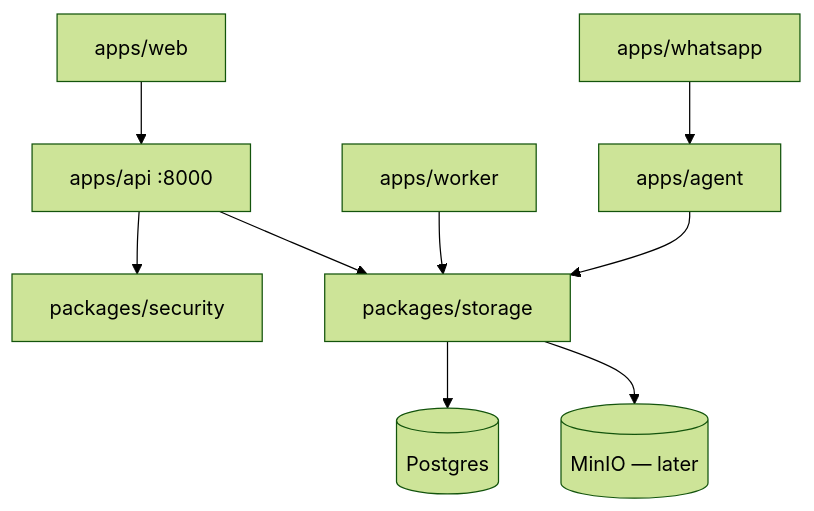
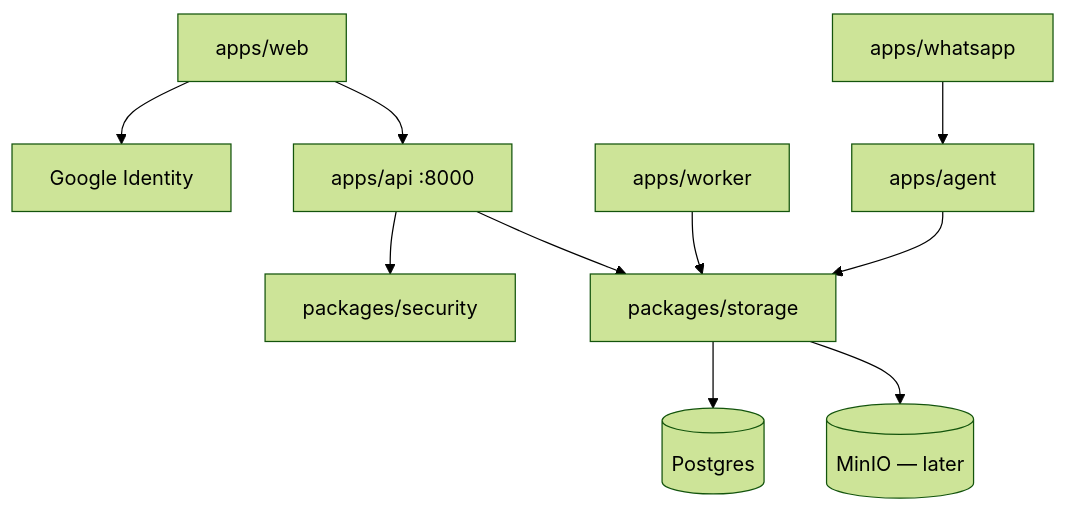
The diagram in docs/architecture/overview.md (AnuragAmbekar741/kosh), drawn with Mermaid (forest theme) before and after one commit. The commit also changed other lines of this file and 4 other files, not shown here.

````diff
--- a/docs/architecture/overview.md
+++ b/docs/architecture/overview.md
@@ -44,21 +45,23 @@
 ```mermaid
 flowchart TB
   WEB[apps/web]
+  GOOG[Google Identity]
   API[apps/api :8000]
   WRK[apps/worker]
   AGT[apps/agent]
   WA[apps/whatsapp]
   STOR[packages/storage]
   SEC[packages/security]
   PG[(Postgres)]
   MINIO[(MinIO — later)]
 
+  WEB --> GOOG
   WEB --> API
   WA --> AGT
   API --> SEC
   API --> STOR
   WRK --> STOR
   AGT --> STOR
   STOR --> PG
   STOR --> MINIO
 ```
````
